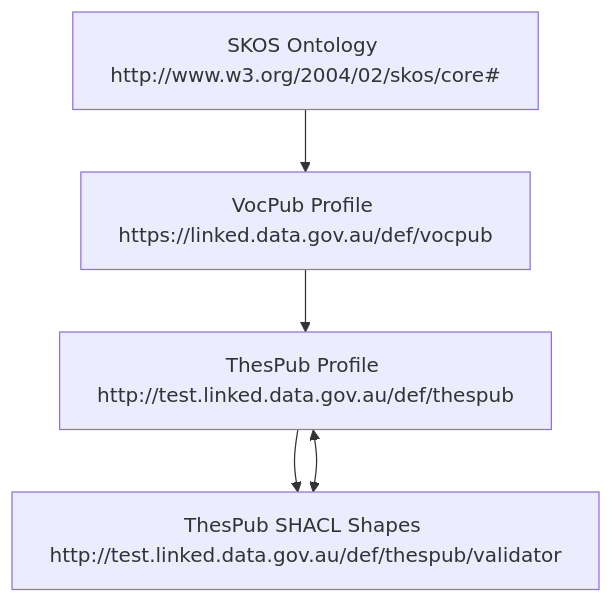
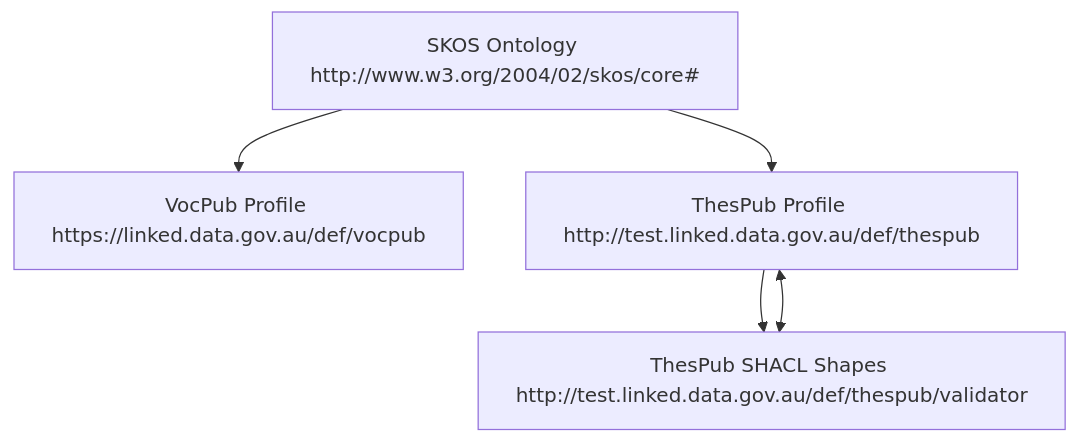
The diagram in README.md (leskneebone/thespub), drawn with Mermaid before and after one commit.

Commit message:
Update README.md
update diagram to indicate interdependence between thespub and vodpub

````diff
--- a/README.md
+++ b/README.md
@@ -20,15 +20,15 @@
 ```mermaid
 graph TD
 
 SKOS["SKOS Ontology http://www.w3.org/2004/02/skos/core#"]
 VOC["VocPub Profile https://linked.data.gov.au/def/vocpub"]
 THES["ThesPub Profile http://test.linked.data.gov.au/def/thespub"]
 SHACL["ThesPub SHACL Shapes http://test.linked.data.gov.au/def/thespub/validator"]
 
 SKOS --> VOC
-VOC --> THES
+SKOS --> THES
 
 THES --> SHACL
 
 THES <--> SHACL
 ```
````
